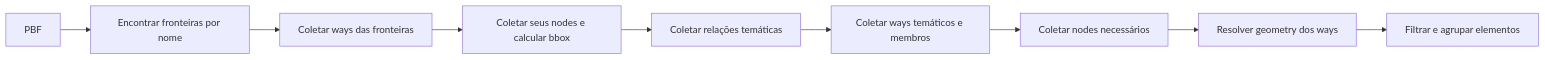
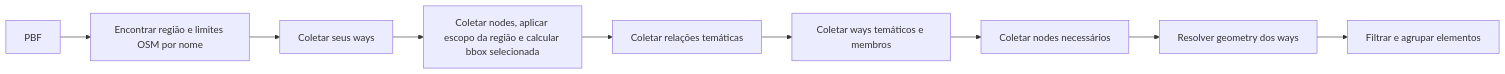
The second of 3 diagrams in .doc/OSM-IMPORTACAO.md (urban-toolkit/autark), drawn with Mermaid before and after one commit. The commit also changed other lines of this file and 11 other files, not shown here.

First line of the commit message:
fix(db): scope named OSM areas across API and PBF

````diff
--- a/.doc/OSM-IMPORTACAO.md
+++ b/.doc/OSM-IMPORTACAO.md
@@ -257,11 +258,11 @@
 ```mermaid
 flowchart LR
-    A[PBF] --> B[Encontrar fronteiras por nome]
-    B --> C[Coletar ways das fronteiras]
-    C --> D[Coletar seus nodes e calcular bbox]
+    A[PBF] --> B[Encontrar região e limites OSM por nome]
+    B --> C[Coletar seus ways]
+    C --> D[Coletar nodes, aplicar escopo da região e calcular bbox selecionada]
     D --> E[Coletar relações temáticas]
     E --> F[Coletar ways temáticos e membros]
     F --> G[Coletar nodes necessários]
     G --> H[Resolver geometry dos ways]
     H --> I[Filtrar e agrupar elementos]
 ```
````
